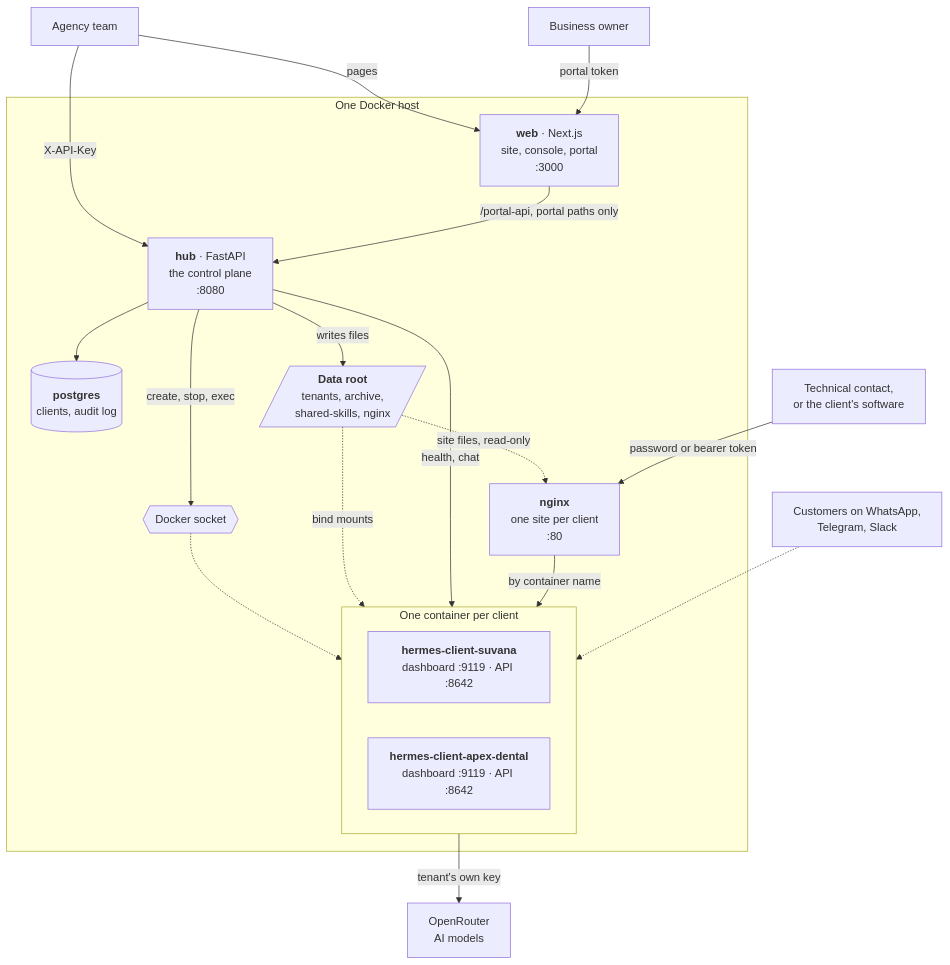
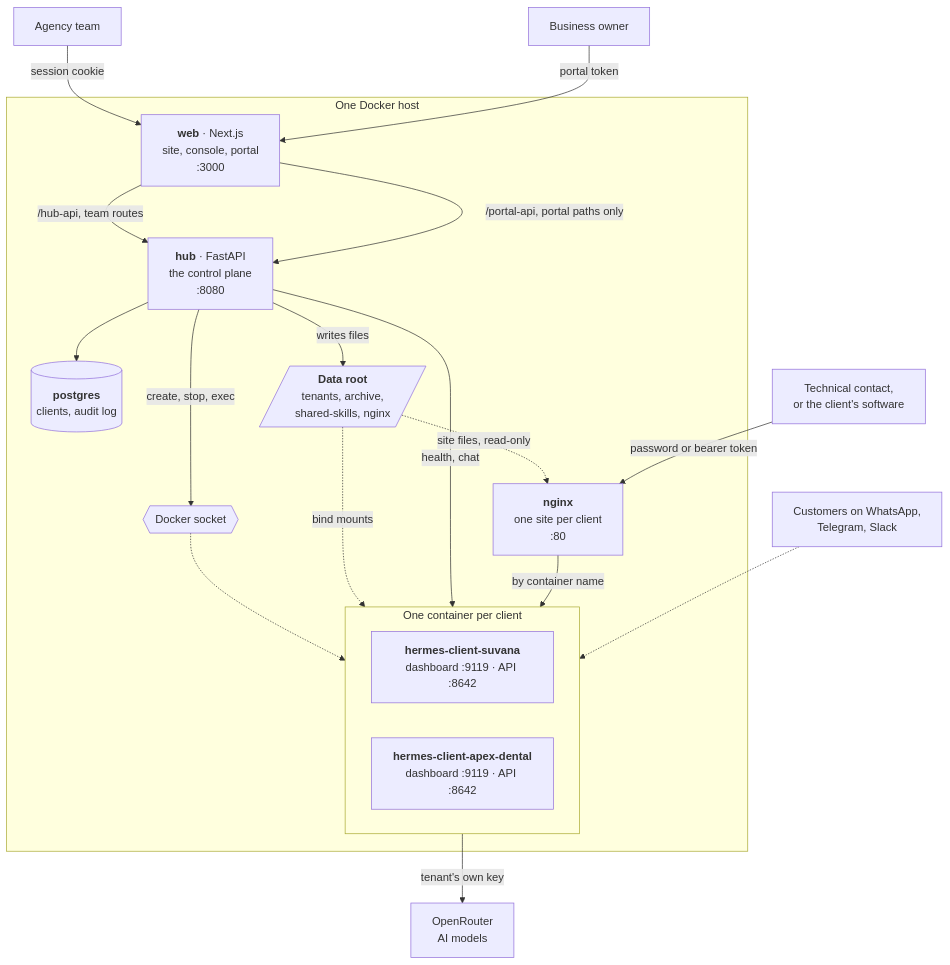
Before and after one commit to weblaud-us/hermes-agency-hub: the third of 4 diagrams in README.md, drawn with Mermaid. The commit also changed other lines of this file and 123 other files, not shown here.

````diff
--- a/README.md
+++ b/README.md
@@ -236,39 +252,39 @@
 ```mermaid
 flowchart TB
     team["Agency team"]
     owner["Business owner"]
     tech["Technical contact,<br/>or the client's software"]
     customer["Customers on WhatsApp,<br/>Telegram, Slack"]
 
     subgraph host["One Docker host"]
         web["<b>web</b> · Next.js<br/>site, console, portal<br/>:3000"]
         hub["<b>hub</b> · FastAPI<br/>the control plane<br/>:8080"]
         pg[("<b>postgres</b><br/>clients, audit log")]
         nginx["<b>nginx</b><br/>one site per client<br/>:80"]
         sock{{"Docker socket"}}
         data[/"<b>Data root</b><br/>tenants, archive,<br/>shared-skills, nginx"/]
 
         subgraph tenants["One container per client"]
             t1["<b>hermes-client-suvana</b><br/>dashboard :9119 · API :8642"]
             t2["<b>hermes-client-apex-dental</b><br/>dashboard :9119 · API :8642"]
         end
     end
 
     openrouter["OpenRouter<br/>AI models"]
 
-    team -- "X-API-Key" --> hub
-    team -- "pages" --> web
+    team -- "session cookie" --> web
+    web -- "/hub-api, team routes" --> hub
     owner -- "portal token" --> web
     web -- "/portal-api, portal paths only" --> hub
     hub --> pg
     hub -- "create, stop, exec" --> sock
     sock -.-> tenants
     hub -- "writes files" --> data
     data -. "bind mounts" .-> tenants
     data -. "site files, read-only" .-> nginx
     hub -- "health, chat" --> tenants
     tech -- "password or bearer token" --> nginx
     nginx -- "by container name" --> tenants
     customer -.-> tenants
     tenants -- "tenant's own key" --> openrouter
 ```
````
